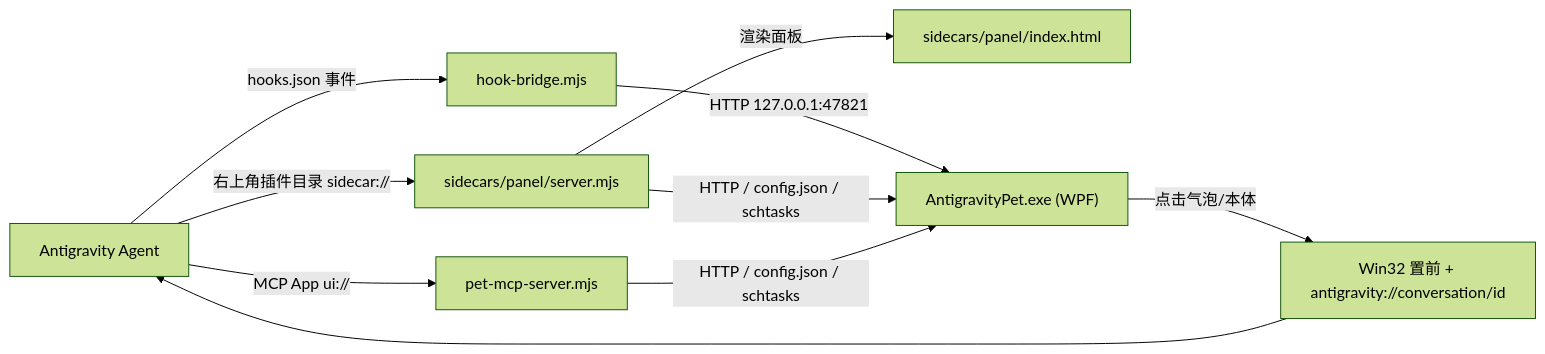
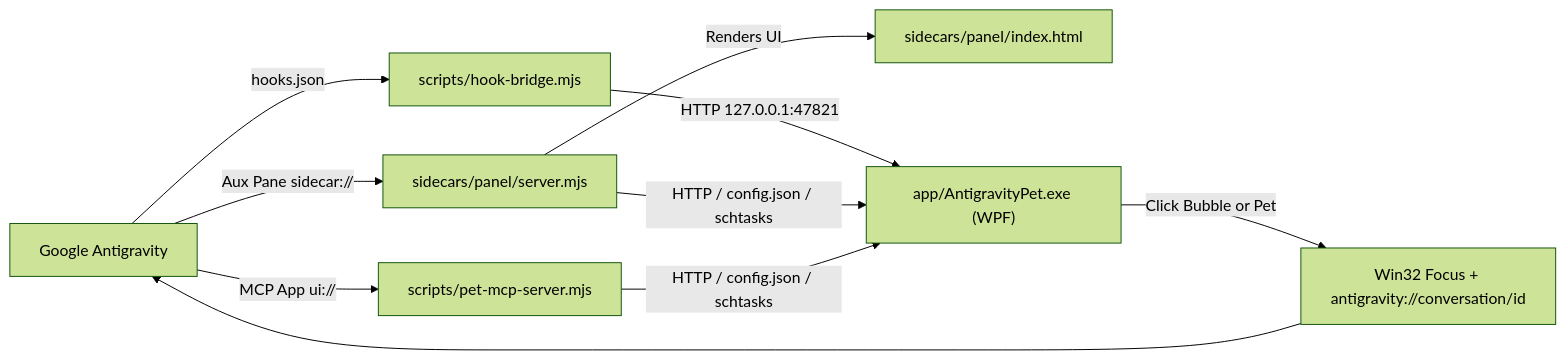
Before and after one commit to Wlaeg/antigravity-pet: the diagram in README.md, drawn with Mermaid (forest theme). The commit also changed other lines of this file and 12 other files, not shown here.

````diff
--- a/README.md
+++ b/README.md
@@ -59,12 +76,12 @@
 ```mermaid
 flowchart LR
-    AGY["Antigravity Agent"] -->|hooks.json 事件| Bridge["hook-bridge.mjs"]
-    AGY -->|右上角插件目录 sidecar://| Panel["sidecars/panel/server.mjs"]
-    AGY -->|MCP App ui://| MCP["pet-mcp-server.mjs"]
-    Panel -->|渲染面板| PUI["sidecars/panel/index.html"]
-    Bridge -->|HTTP 127.0.0.1:47821| Pet["AntigravityPet.exe (WPF)"]
+    AGY["Google Antigravity"] -->|hooks.json| Bridge["scripts/hook-bridge.mjs"]
+    AGY -->|Aux Pane sidecar://| Panel["sidecars/panel/server.mjs"]
+    AGY -->|MCP App ui://| MCP["scripts/pet-mcp-server.mjs"]
+    Panel -->|Renders UI| PUI["sidecars/panel/index.html"]
+    Bridge -->|HTTP 127.0.0.1:47821| Pet["app/AntigravityPet.exe (WPF)"]
     Panel -->|HTTP / config.json / schtasks| Pet
     MCP -->|HTTP / config.json / schtasks| Pet
-    Pet -->|点击气泡/本体| DeepLink["Win32 置前 + antigravity://conversation/id"]
+    Pet -->|Click Bubble or Pet| DeepLink["Win32 Focus + antigravity://conversation/id"]
     DeepLink --> AGY
 ```
````
